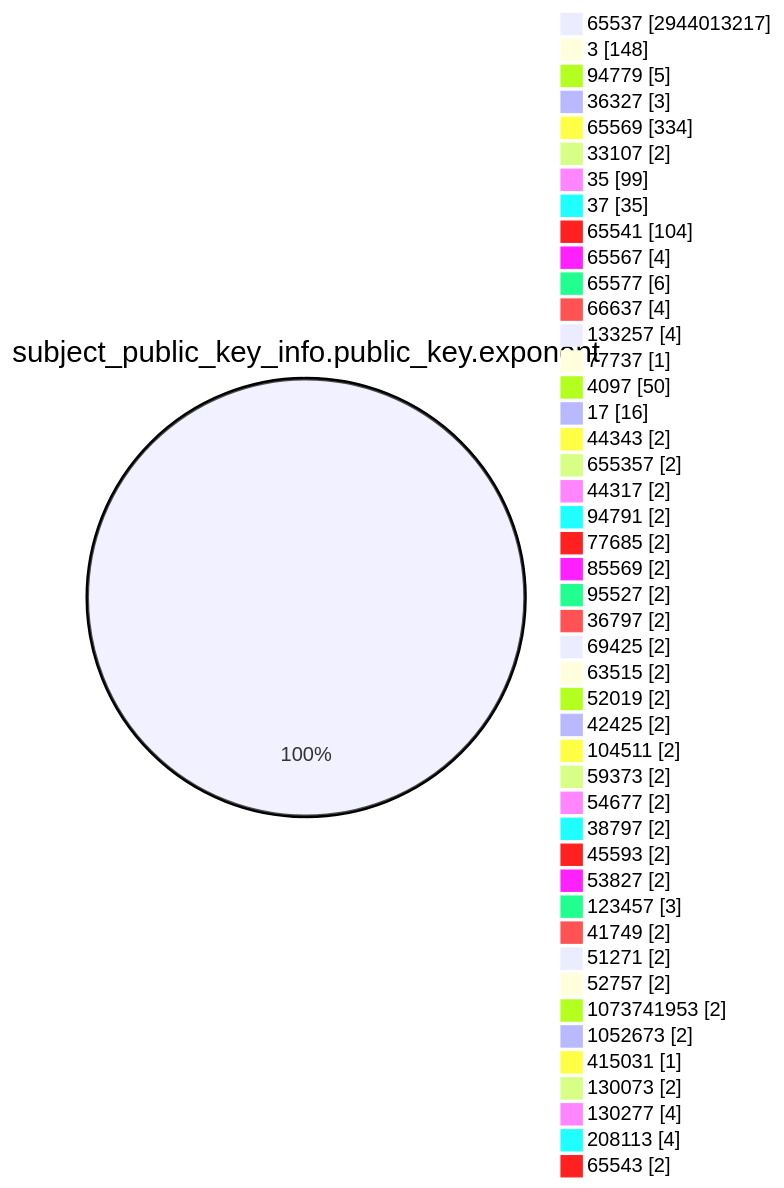
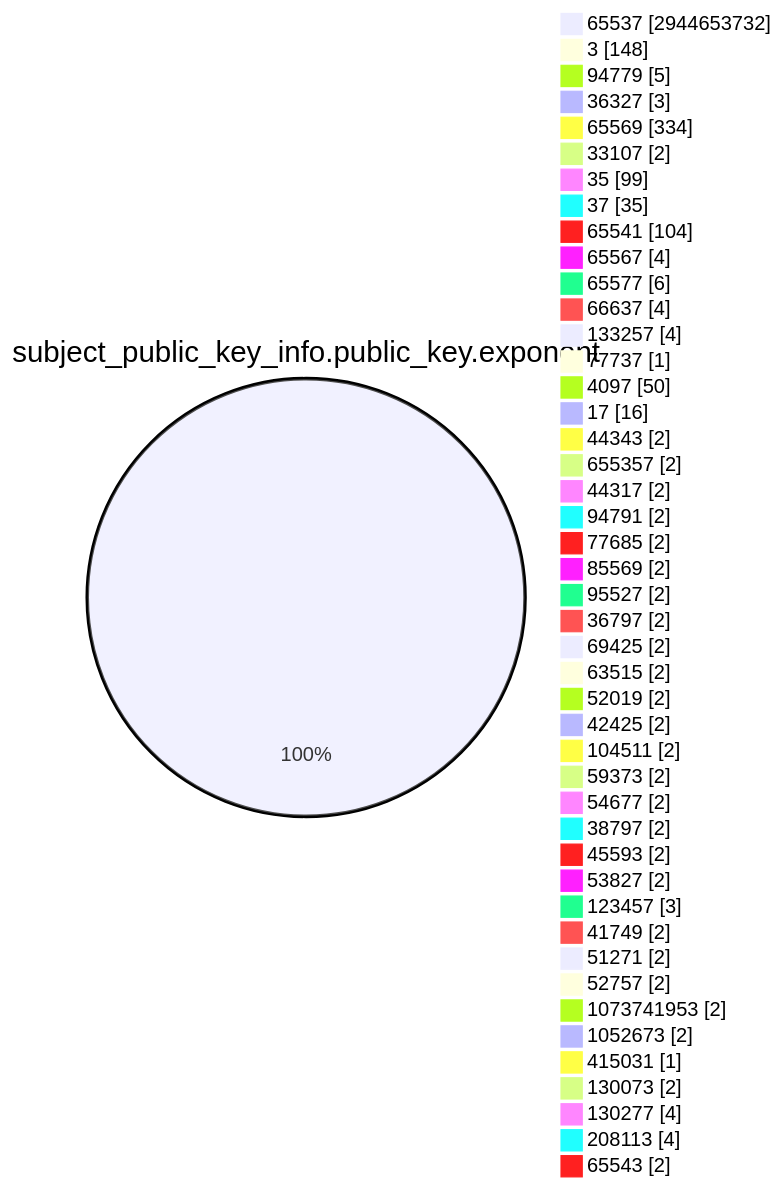
The fourth of 15 diagrams in TOTAL/README.md (christiankrug/ctmonitor_visualization), drawn with Mermaid before and after one commit. The commit also changed other lines of this file, not shown here.

````diff
--- a/TOTAL/README.md
+++ b/TOTAL/README.md
@@ -1471,49 +1471,49 @@
 ```mermaid
 pie showData
 title subject_public_key_info.public_key.exponent
-"65537" :2944013217
+"65537" :2944653732
 "3" :148
 "94779" :5
 "36327" :3
 "65569" :334
 "33107" :2
 "35" :99
 "37" :35
 "65541" :104
 "65567" :4
 "65577" :6
 "66637" :4
 "133257" :4
 "77737" :1
 "4097" :50
 "17" :16
 "44343" :2
 "655357" :2
 "44317" :2
 "94791" :2
 "77685" :2
 "85569" :2
 "95527" :2
 "36797" :2
 "69425" :2
 "63515" :2
 "52019" :2
 "42425" :2
 "104511" :2
 "59373" :2
 "54677" :2
 "38797" :2
 "45593" :2
 "53827" :2
 "123457" :3
 "41749" :2
 "51271" :2
 "52757" :2
 "1073741953" :2
 "1052673" :2
 "415031" :1
 "130073" :2
 "130277" :4
 "208113" :4
 "65543" :2
 ```
````
